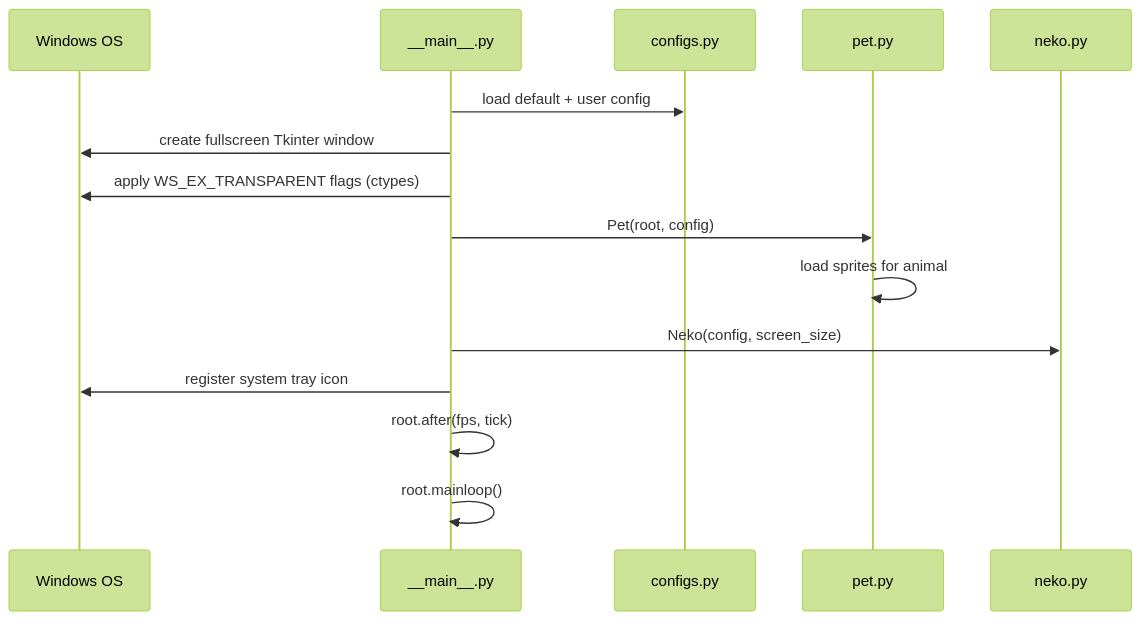
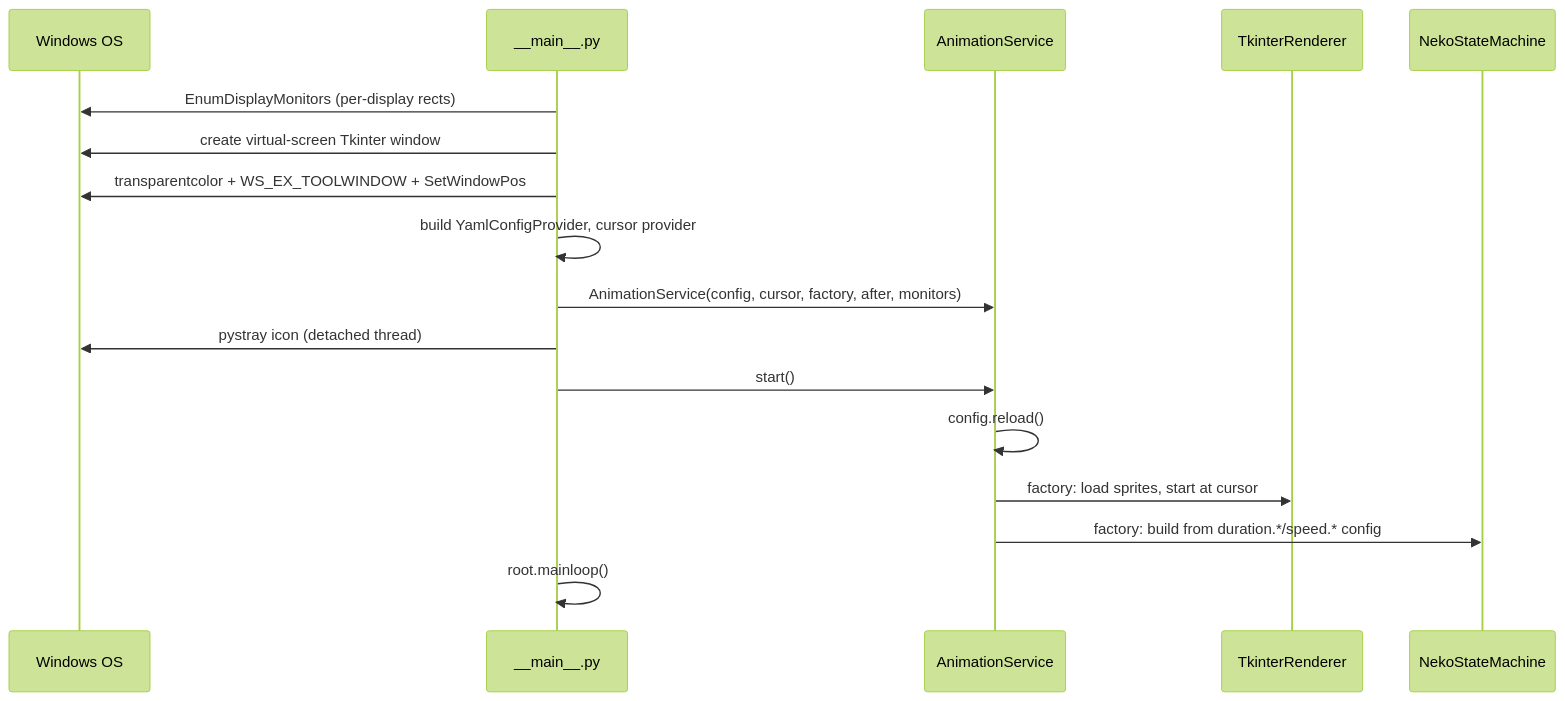
The first of 2 diagrams in .agents/summary/workflows.md (tajas20006/neko2020), drawn with Mermaid (forest theme) before and after one commit. The commit also changed other lines of this file and 10 other files, not shown here.

First line of the commit message:
docs: refresh CLAUDE.md, AGENTS.md, and .agents/summary for layered architecture

````diff
--- a/.agents/summary/workflows.md
+++ b/.agents/summary/workflows.md
@@ -10,18 +10,20 @@
 ```mermaid
 sequenceDiagram
     participant OS as Windows OS
     participant Main as __main__.py
-    participant Config as configs.py
-    participant Pet as pet.py
-    participant Neko as neko.py
+    participant Service as AnimationService
+    participant Renderer as TkinterRenderer
+    participant SM as NekoStateMachine
 
-    Main->>Config: load default + user config
-    Main->>OS: create fullscreen Tkinter window
-    Main->>OS: apply WS_EX_TRANSPARENT flags (ctypes)
-    Main->>Pet: Pet(root, config)
-    Pet->>Pet: load sprites for animal
-    Main->>Neko: Neko(config, screen_size)
-    Main->>OS: register system tray icon
-    Main->>Main: root.after(fps, tick)
+    Main->>OS: EnumDisplayMonitors (per-display rects)
+    Main->>OS: create virtual-screen Tkinter window
+    Main->>OS: transparentcolor + WS_EX_TOOLWINDOW + SetWindowPos
+    Main->>Main: build YamlConfigProvider, cursor provider
+    Main->>Service: AnimationService(config, cursor, factory, after, monitors)
+    Main->>OS: pystray icon (detached thread)
+    Main->>Service: start()
+    Service->>Service: config.reload()
+    Service->>Renderer: factory: load sprites, start at cursor
+    Service->>SM: factory: build from duration.*/speed.* config
     Main->>Main: root.mainloop()
 ```
````
